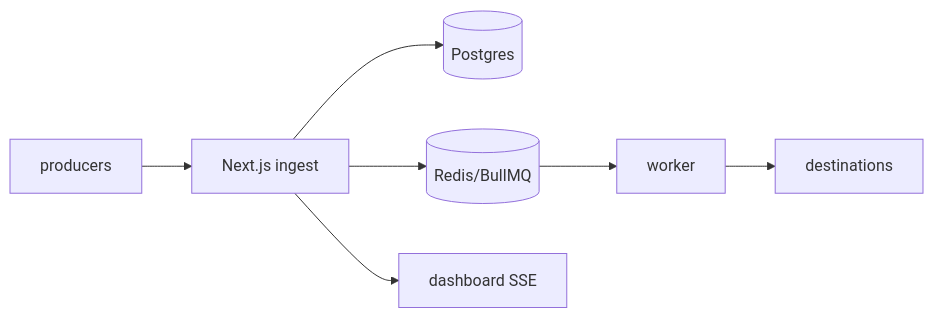
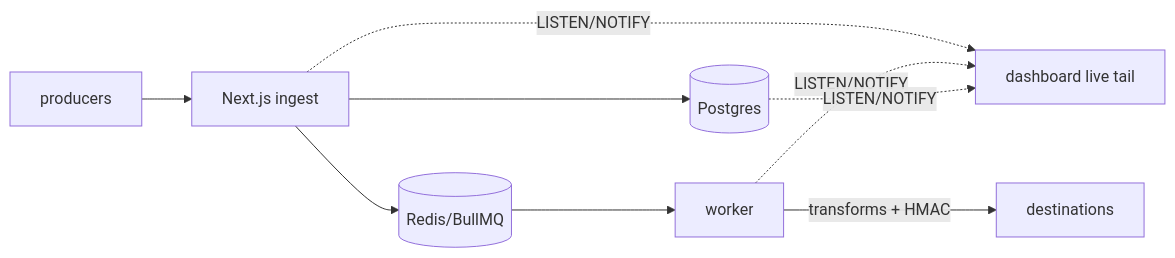
The diagram in README.md (PetsEye/hook-relay), drawn with Mermaid before and after one commit. The commit also changed other lines of this file and 2 other files, not shown here.

Commit message:
docs: README/ARCHITECTURE reflect full pipeline — CLI, e2e, load test, transforms

````diff
--- a/README.md
+++ b/README.md
@@ -48,9 +67,9 @@
 ```mermaid
 flowchart LR
   P[producers] --> W[Next.js ingest]
   W --> DB[(Postgres)]
   W --> Q[(Redis/BullMQ)]
   Q --> WR[worker]
-  WR --> D[destinations]
-  W --> UI[dashboard SSE]
+  WR -->|transforms + HMAC| D[destinations]
+  W & WR & DB -. LISTEN/NOTIFY .-> SSE[dashboard live tail]
 ```
````
